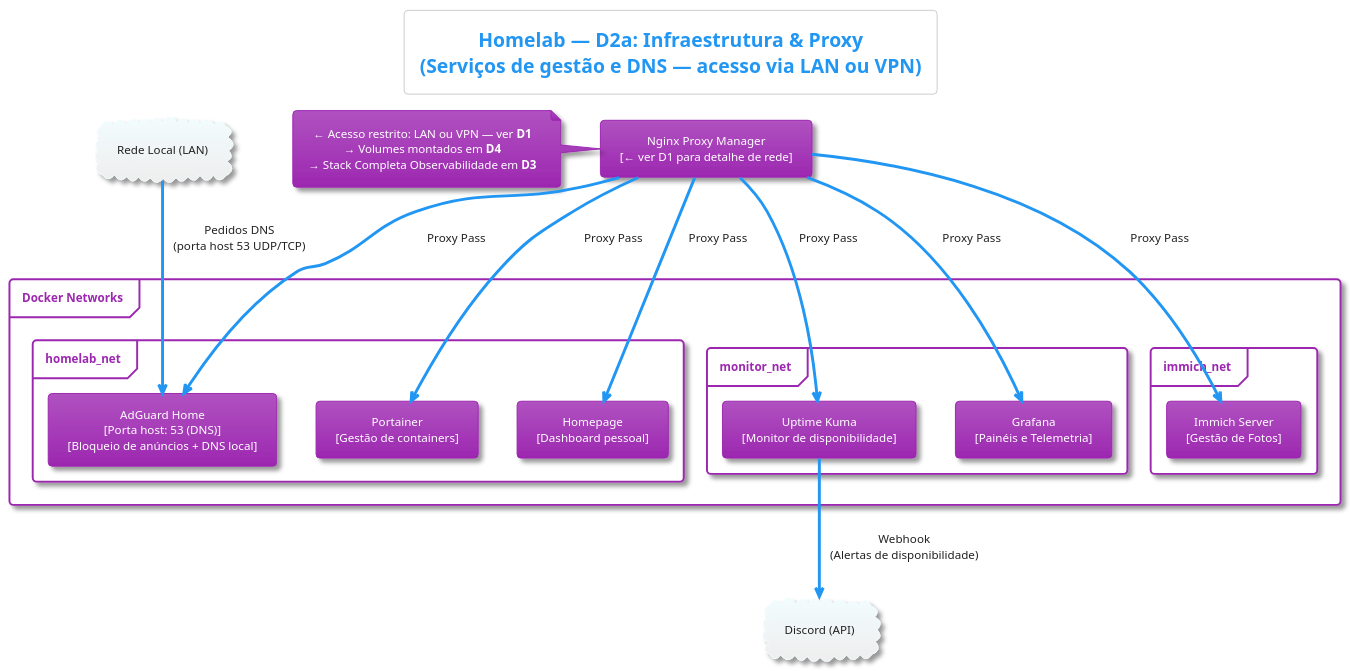
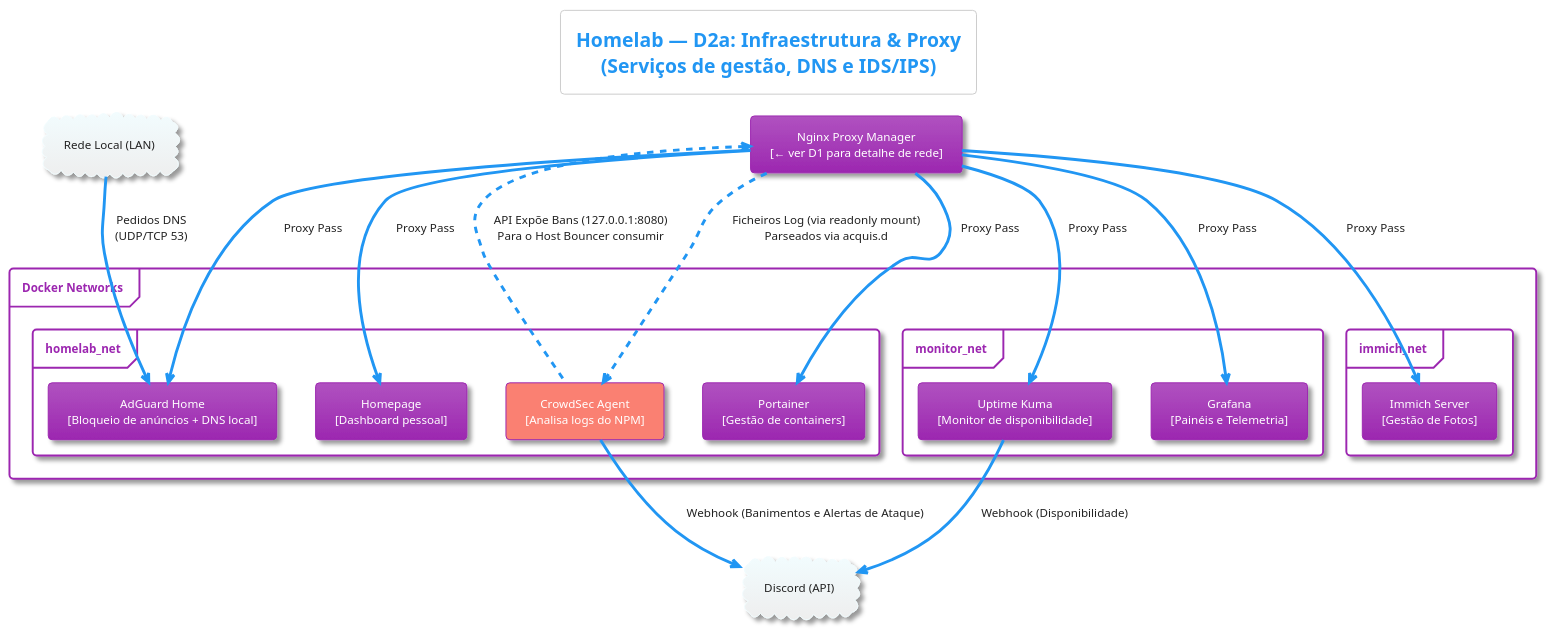
One commit to GuiCoelhoC/HomeLab_Public changed the diagram in Documents/DiagramasC4model/D2a_Infraestrutura_Proxy.puml. Above: the diagram before and after it, drawn with PlantUML. The commit also changed 9 other files, not shown here.

First line of the commit message:
docs: atualizar diagramas C4 com arquitetura CrowdSec (IDS/IPS)

```diff
--- a/Documents/DiagramasC4model/D2a_Infraestrutura_Proxy.puml
+++ b/Documents/DiagramasC4model/D2a_Infraestrutura_Proxy.puml
@@ -1,54 +1,47 @@
 @startuml D2a_Infraestrutura_Proxy
 !theme materia
-title Homelab — D2a: Infraestrutura & Proxy\n(Serviços de gestão e DNS — acesso via LAN ou VPN)
+title Homelab — D2a: Infraestrutura & Proxy\n(Serviços de gestão, DNS e IDS/IPS)
 
 top to bottom direction
 skinparam defaultTextAlignment center
 skinparam nodesep 40
 skinparam ranksep 50
 
-' ── Ponto de entrada (definido em D1) ────────────────────────
 card "Nginx Proxy Manager\n[← ver D1 para detalhe de rede]" as npm
 
-' ── Redes Docker ──────────────────────────────────────────────
 frame "Docker Networks" {
     frame "homelab_net" as hnet {
+        card "CrowdSec Agent\n[Analisa logs do NPM]" as crowdsec #Salmon
         card "Portainer\n[Gestão de containers]" as portainer
         card "Homepage\n[Dashboard pessoal]" as homepage
-        card "AdGuard Home\n[Porta host: 53 (DNS)]\n[Bloqueio de anúncios + DNS local]" as adguard
+        card "AdGuard Home\n[Bloqueio de anúncios + DNS local]" as adguard
     }
     
     frame "monitor_net" as mnet {
         card "Uptime Kuma\n[Monitor de disponibilidade]" as uptimekuma
         card "Grafana\n[Painéis e Telemetria]" as grafana
     }
     
     frame "immich_net" as inet {
         card "Immich Server\n[Gestão de Fotos]" as immich
     }
 }
 
-' ── Proxy passes do NPM ───────────────────────────────────────
 npm --> portainer  : "Proxy Pass"
 npm --> homepage   : "Proxy Pass"
 npm --> uptimekuma : "Proxy Pass"
 npm --> grafana    : "Proxy Pass"
 npm --> adguard    : "Proxy Pass"
 npm --> immich     : "Proxy Pass"
 
-' ── DNS (porta exposta ao host, tráfego vem da LAN diretamente)
+npm .right.> crowdsec : "Ficheiros Log (via readonly mount)\nParseados via acquis.d"
+crowdsec .up.> npm : "API Expõe Bans (127.0.0.1:8080)\nPara o Host Bouncer consumir"
+
 cloud "Rede Local (LAN)" as lan
-lan --> adguard : "Pedidos DNS\n(porta host 53 UDP/TCP)"
+lan --> adguard : "Pedidos DNS\n(UDP/TCP 53)"
 
-' ── Alertas ───────────────────────────────────────────────────
 cloud "Discord (API)" as discord
-uptimekuma --> discord : "Webhook\n(Alertas de disponibilidade)"
-
-' ── Referências cruzadas ──────────────────────────────────────
-note left of npm
-  ← Acesso restrito: LAN ou VPN — ver **D1**
-  → Volumes montados em **D4**
-  → Stack Completa Observabilidade em **D3**
-end note
+uptimekuma --> discord : "Webhook (Disponibilidade)"
+crowdsec --> discord : "Webhook (Banimentos e Alertas de Ataque)"
 
 @enduml
```
